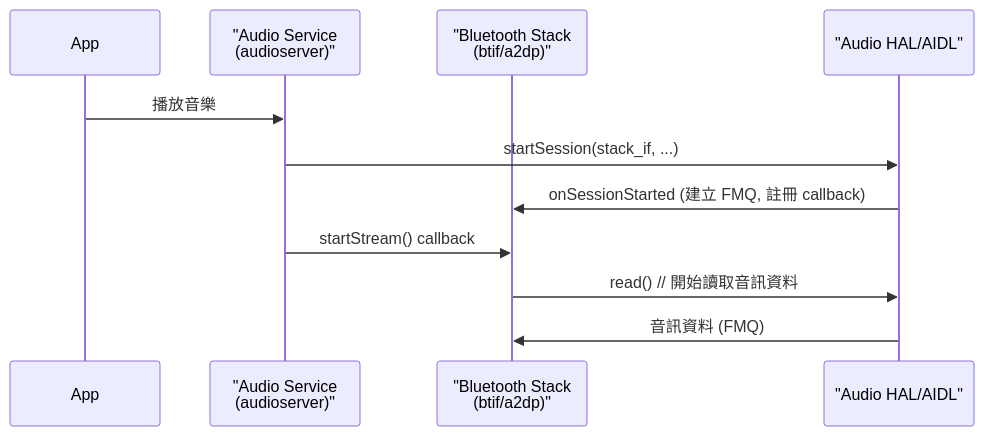
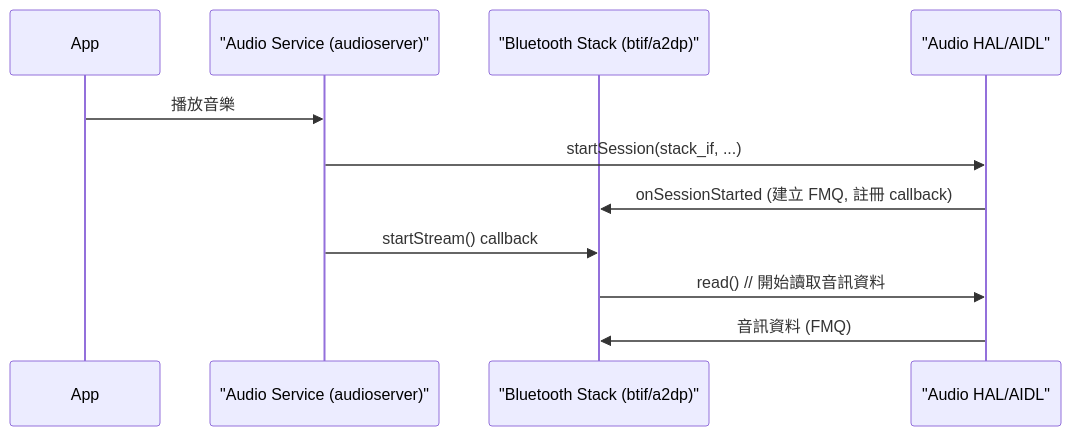
Before and after one commit to notmikeb/aosp15_fluoride: the diagram in doc/a2dpsource_streaming.md, drawn with Mermaid. The commit also changed other lines of this file and 6 other files, not shown here.

````diff
--- a/doc/a2dpsource_streaming.md
+++ b/doc/a2dpsource_streaming.md
@@ -42,14 +42,14 @@
 ```mermaid
 sequenceDiagram
     participant App
-    participant Audio as "Audio Service<br/>(audioserver)"
-    participant BT as "Bluetooth Stack<br/>(btif/a2dp)"
+    participant Audio as "Audio Service (audioserver)"
+    participant BT as "Bluetooth Stack (btif/a2dp)"
     participant HAL as "Audio HAL/AIDL"
     
     App->>Audio: 播放音樂
     Audio->>HAL: startSession(stack_if, ...)
     HAL->>BT: onSessionStarted (建立 FMQ, 註冊 callback)
     Audio->>BT: startStream() callback
     BT->>HAL: read()  // 開始讀取音訊資料
     HAL->>BT: 音訊資料 (FMQ)
 ```
````
